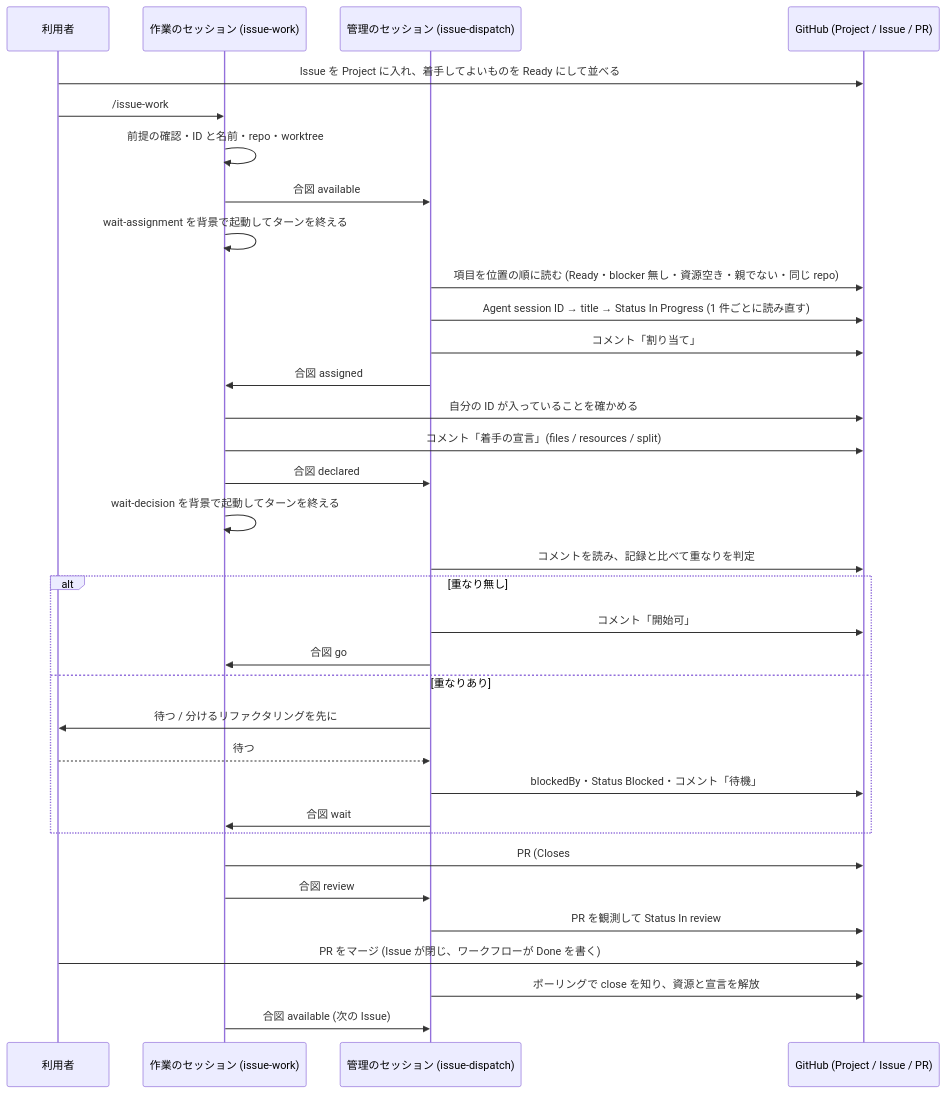
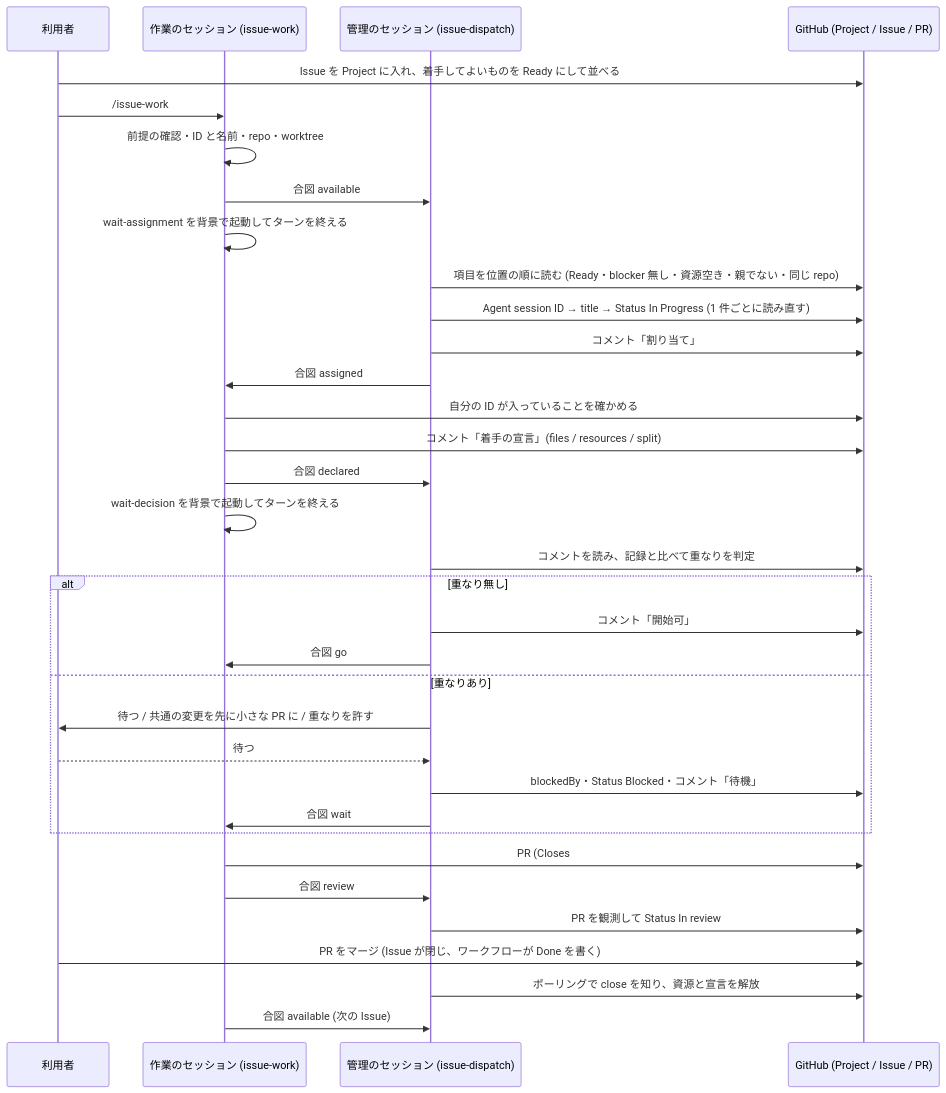
Before and after one commit to akm/claude-plugins: the first of 3 diagrams in docs/plans/2026-10-06-2025-feat-issue-dispatch-plan.md, drawn with Mermaid. The commit also changed other lines of this file, not shown here.

````diff
--- a/docs/plans/2026-10-06-2025-feat-issue-dispatch-plan.md
+++ b/docs/plans/2026-10-06-2025-feat-issue-dispatch-plan.md
@@ -464,37 +481,37 @@
 ```mermaid
 sequenceDiagram
   participant U as 利用者
   participant W as 作業のセッション (issue-work)
   participant M as 管理のセッション (issue-dispatch)
   participant G as GitHub (Project / Issue / PR)
 
   U->>G: Issue を Project に入れ、着手してよいものを Ready にして並べる
   U->>W: /issue-work
   W->>W: 前提の確認・ID と名前・repo・worktree
   W->>M: 合図 available
   W->>W: wait-assignment を背景で起動してターンを終える
   M->>G: 項目を位置の順に読む (Ready・blocker 無し・資源空き・親でない・同じ repo)
   M->>G: Agent session ID → title → Status In Progress (1 件ごとに読み直す)
   M->>G: コメント「割り当て」
   M->>W: 合図 assigned
   W->>G: 自分の ID が入っていることを確かめる
   W->>G: コメント「着手の宣言」(files / resources / split)
   W->>M: 合図 declared
   W->>W: wait-decision を背景で起動してターンを終える
   M->>G: コメントを読み、記録と比べて重なりを判定
   alt 重なり無し
     M->>G: コメント「開始可」
     M->>W: 合図 go
   else 重なりあり
-    M->>U: 待つ / 分けるリファクタリングを先に
+    M->>U: 待つ / 共通の変更を先に小さな PR に / 重なりを許す
     U-->>M: 待つ
     M->>G: blockedBy・Status Blocked・コメント「待機」
     M->>W: 合図 wait
   end
   W->>G: PR (Closes #N) を作り ready for review にする
   W->>M: 合図 review
   M->>G: PR を観測して Status In review
   U->>G: PR をマージ (Issue が閉じ、ワークフローが Done を書く)
   M->>G: ポーリングで close を知り、資源と宣言を解放
   W->>M: 合図 available (次の Issue)
 ```
````
